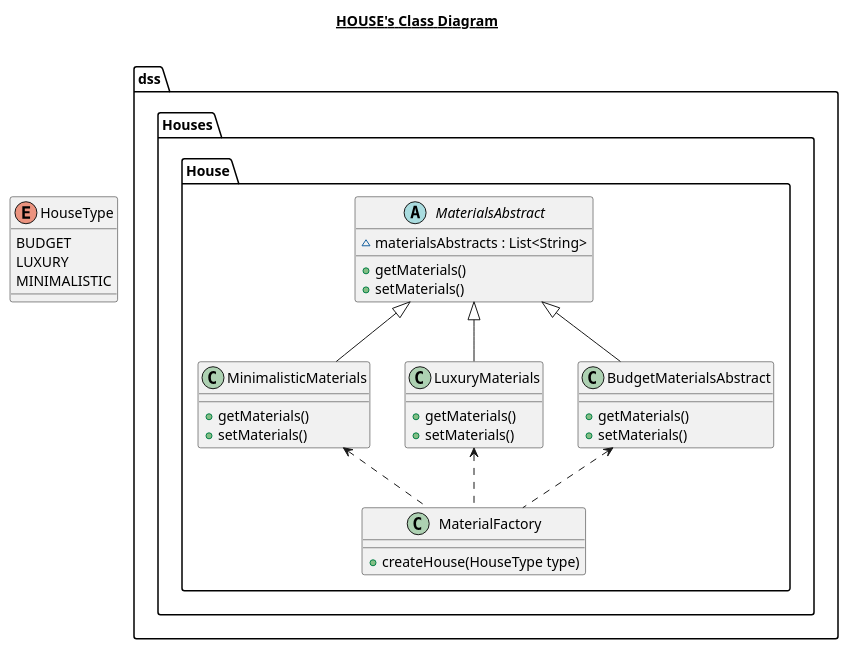
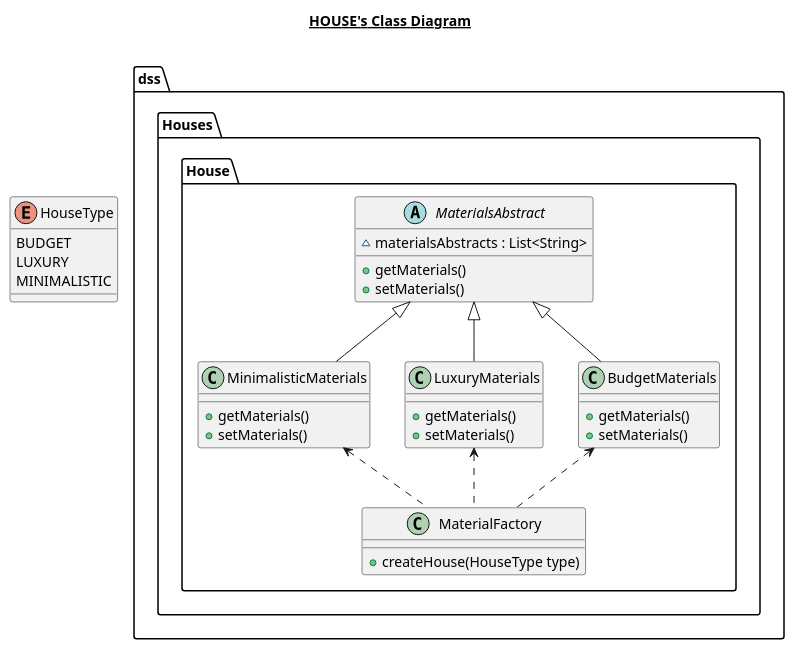
Before and after one commit to ktvcv/PracticeOfPatterns: the diagram in src/dss/Houses/House/uml/House.plantuml, drawn with PlantUML. The commit also changed 25 other files, not shown here.

```diff
--- a/src/dss/Houses/House/uml/House.plantuml
+++ b/src/dss/Houses/House/uml/House.plantuml
@@ -1,48 +1,48 @@
 @startuml
 
 title __HOUSE's Class Diagram__\n
 
-        class dss.Houses.House.BudgetMaterialsAbstract {
+        class dss.Houses.House.BudgetMaterials {
             + getMaterials()
             + setMaterials()
         }
 
 
         abstract class dss.Houses.House.MaterialsAbstract {
             ~ materialsAbstracts : List<String>
             + getMaterials()
             + setMaterials()
         }
 
 
         class dss.Houses.House.MaterialFactory {
             + createHouse(HouseType type)
         }
 
 
         enum HouseType {
           BUDGET
           LUXURY
           MINIMALISTIC
         }
 
         class dss.Houses.House.LuxuryMaterials {
             + getMaterials()
             + setMaterials()
         }
 
 
         class dss.Houses.House.MinimalisticMaterials {
             + getMaterials()
             + setMaterials()
         }
 
-  dss.Houses.House.BudgetMaterialsAbstract -up-|> dss.Houses.House.MaterialsAbstract
+  dss.Houses.House.BudgetMaterials -up-|> dss.Houses.House.MaterialsAbstract
   dss.Houses.House.LuxuryMaterials -up-|> dss.Houses.House.MaterialsAbstract
   dss.Houses.House.MinimalisticMaterials -up-|> dss.Houses.House.MaterialsAbstract
-  dss.Houses.House.MaterialFactory .up.> dss.Houses.House.BudgetMaterialsAbstract
+  dss.Houses.House.MaterialFactory .up.> dss.Houses.House.BudgetMaterials
   dss.Houses.House.MaterialFactory .up.> dss.Houses.House.LuxuryMaterials
   dss.Houses.House.MaterialFactory .up.> dss.Houses.House.MinimalisticMaterials
 
 
 @enduml
```
